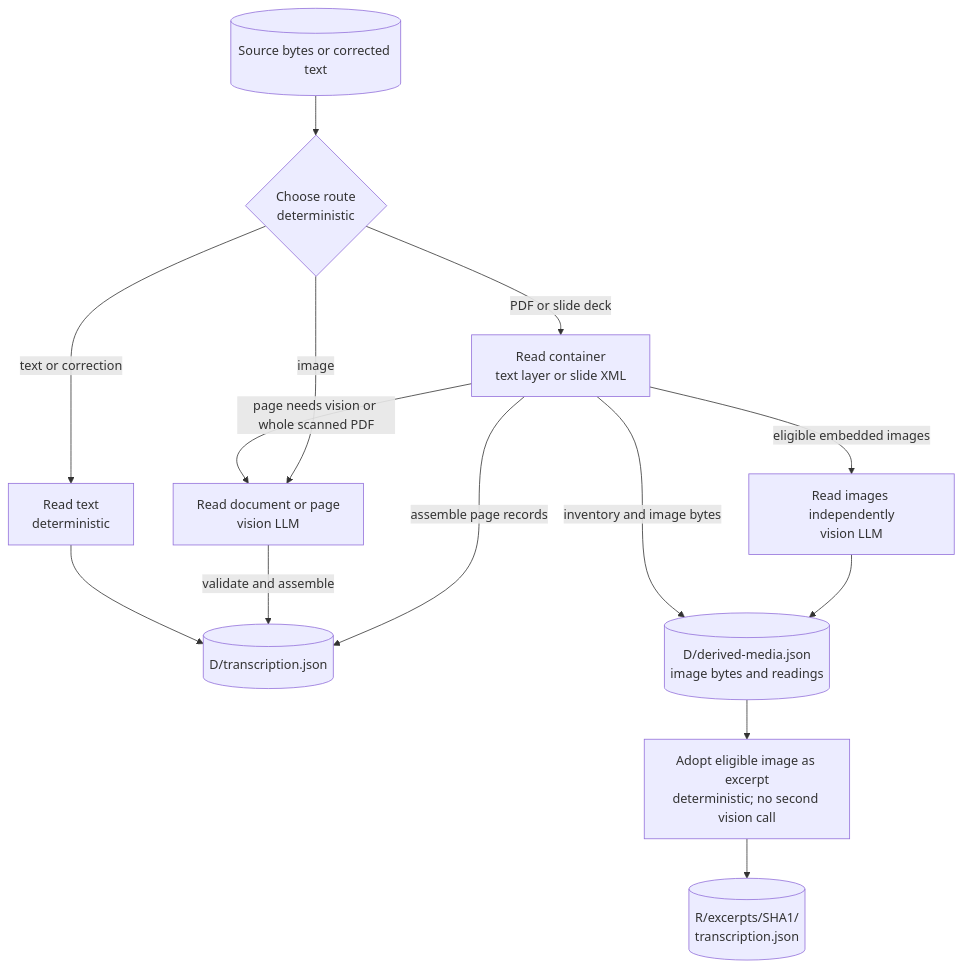
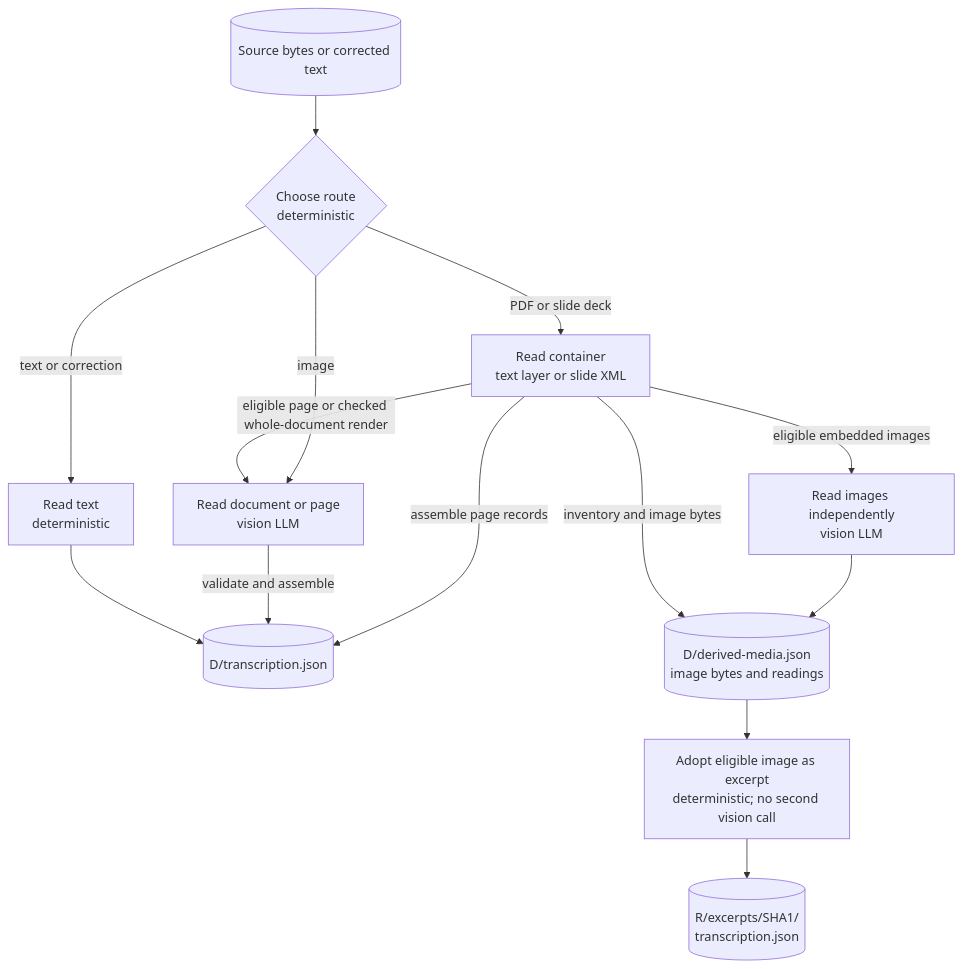
One commit to WillHirsch/yizkr changed the second of 12 diagrams in docs/SCRATCH_WORKFLOW.md. Above: the diagram before and after it, drawn with Mermaid. The commit also changed other lines of this file and 17 other files, not shown here.

````diff
--- a/docs/SCRATCH_WORKFLOW.md
+++ b/docs/SCRATCH_WORKFLOW.md
@@ -84,16 +84,16 @@
 ```mermaid
 flowchart TD
     input[("Source bytes or corrected text")] --> route{"Choose route<br/>deterministic"}
     route -->|text or correction| direct["Read text<br/>deterministic"]
     route -->|PDF or slide deck| pages["Read container<br/>text layer or slide XML"]
     route -->|image| vision["Read document or page<br/>vision LLM"]
-    pages -->|page needs vision or whole scanned PDF| vision
+    pages -->|eligible page or checked whole-document render| vision
     pages -->|assemble page records| transcript[("D/transcription.json")]
     vision -->|validate and assemble| transcript
     direct --> transcript
     pages -->|eligible embedded images| images["Read images independently<br/>vision LLM"]
     images --> derived[("D/derived-media.json<br/>image bytes and readings")]
     pages -->|inventory and image bytes| derived
     derived --> excerpt["Adopt eligible image as excerpt<br/>deterministic; no second vision call"]
     excerpt --> adopted[("R/excerpts/SHA1/<br/>transcription.json")]
 ```
````
